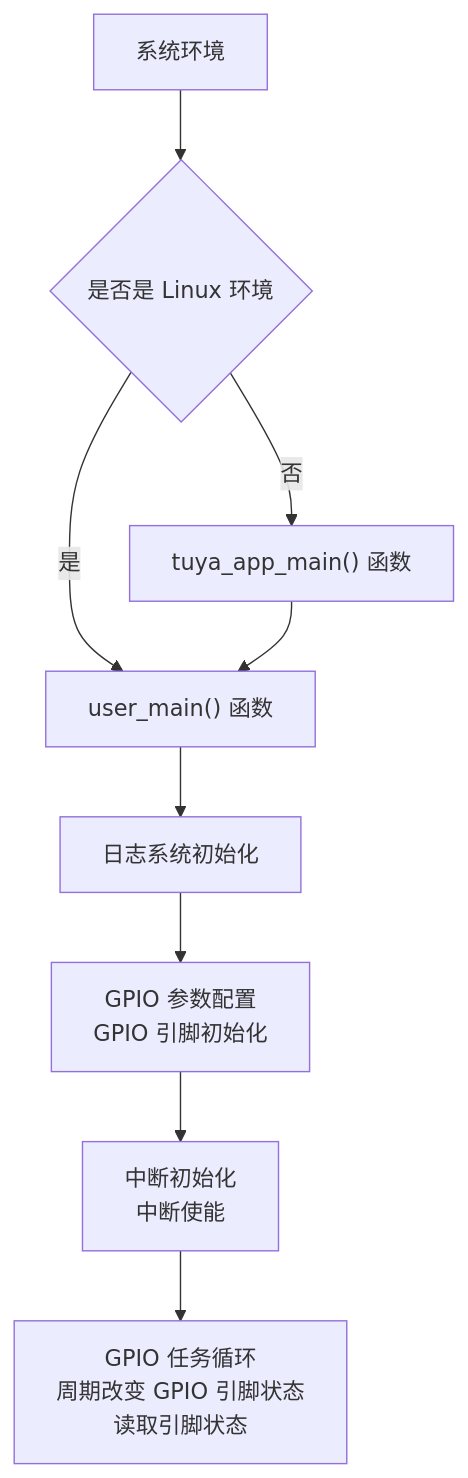
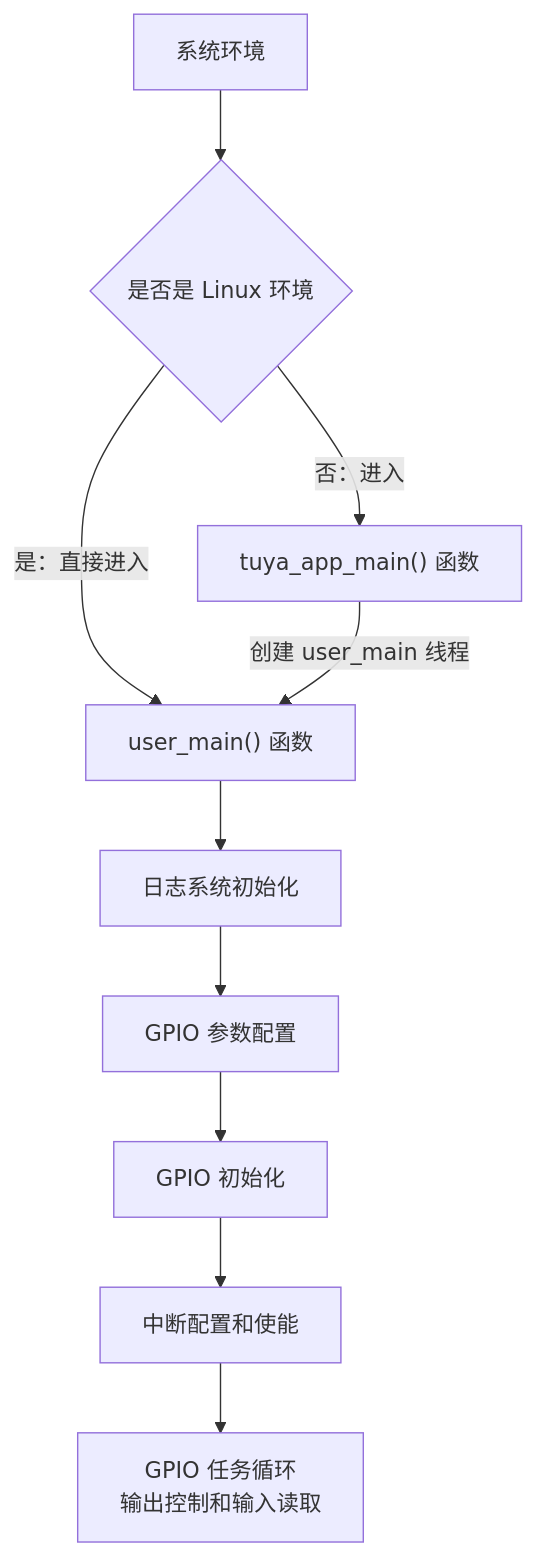
The diagram in examples/peripherals/gpio/README_CN.md (tuya/TuyaOpen), drawn with Mermaid before and after one commit. The commit also changed other lines of this file and 44 other files, not shown here.

````diff
--- a/examples/peripherals/gpio/README_CN.md
+++ b/examples/peripherals/gpio/README_CN.md
@@ -127,24 +160,22 @@
 ```mermaid
 flowchart TB
     id1[系统环境]
     id2{是否是 Linux 环境}
     id3["user_main() 函数"]
     id4["tuya_app_main() 函数"]
     id5[日志系统初始化]
-    id6[GPIO 参数配置
-        GPIO 引脚初始化]
-    id7[中断初始化
-    中断使能]
-    id8[GPIO 任务循环
-    周期改变 GPIO 引脚状态
-    读取引脚状态]
+    id6[GPIO 参数配置]
+    id7[GPIO 初始化]
+    id8[中断配置和使能]
+    id9[GPIO 任务循环<br/>输出控制和输入读取]
     
     id1 --> id2
-    id2 --是--> id3
-    id2 --否--> id4
-    id4 --> id3
+    id2 --是：直接进入--> id3
+    id2 --否：进入--> id4
+    id4 --创建 user_main 线程--> id3
     id3 --> id5
     id5 --> id6
     id6 --> id7
     id7 --> id8
+    id8 --> id9
 ```
````
